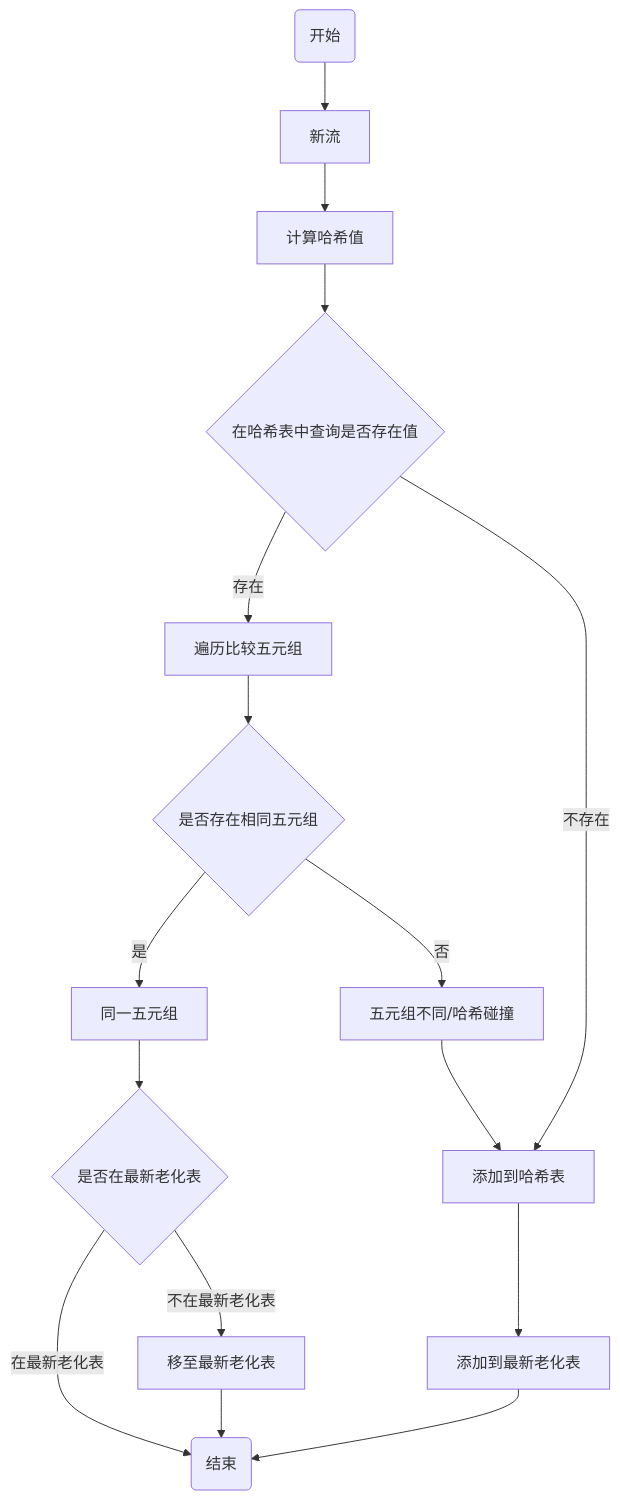
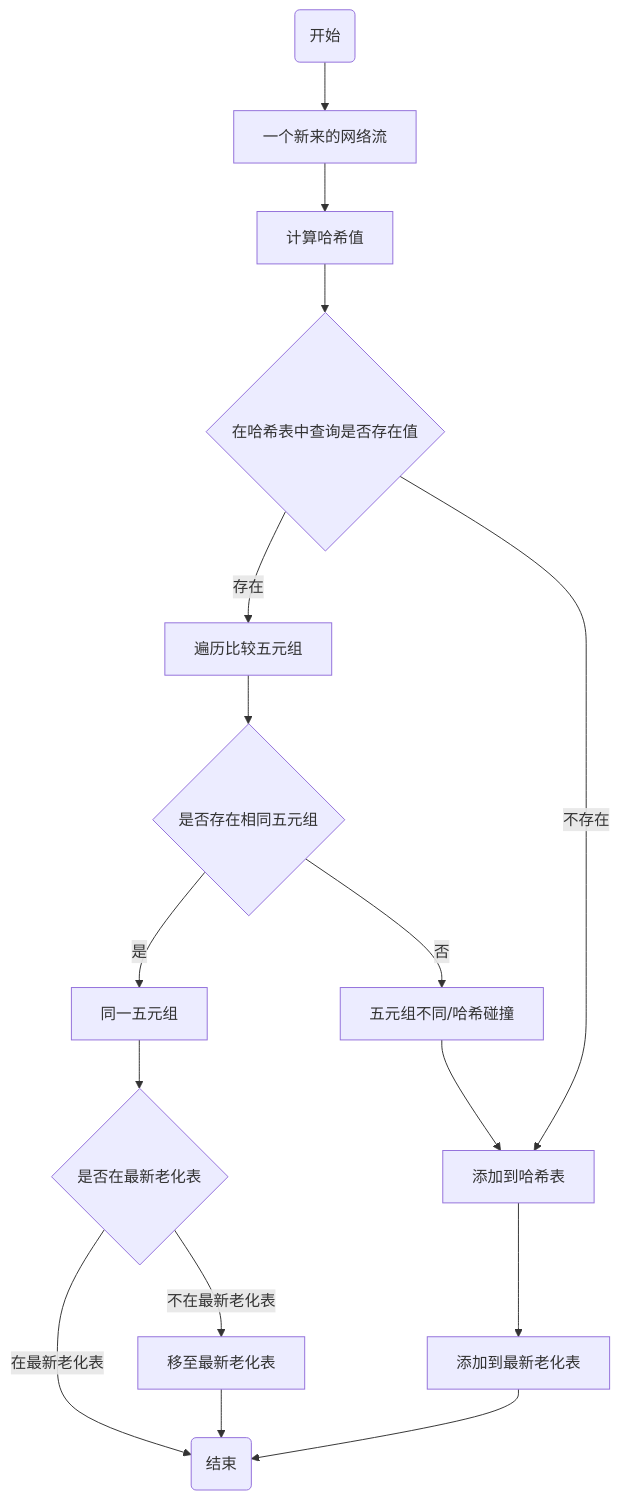
Before and after one commit to yslinux86/flowtable_ageing: the first of 2 diagrams in README.md, drawn with Mermaid. The commit also changed other lines of this file and 5 other files, not shown here.

````diff
--- a/README.md
+++ b/README.md
@@ -62,23 +63,23 @@
 ```mermaid
 graph TD
 start(开始)
-newflow[新流]
+newflow[一个新来的网络流]
 calhash[计算哈希值]
 findhashbucket{在哈希表中查询是否存在值}
 appendhashbucket[添加到哈希表]
 appendageinglist[添加到最新老化表]
 foreachcmp[遍历比较五元组]
 issame{是否存在相同五元组}
 isfresh{是否在最新老化表}
 movetofresh[移至最新老化表]
 sametuple[同一五元组]
 difftuple[五元组不同/哈希碰撞]
 over(结束)
 
 start-->newflow-->calhash-->findhashbucket
 findhashbucket--存在-->foreachcmp-->issame--是-->sametuple-->isfresh
 isfresh--在最新老化表-->over
 isfresh--不在最新老化表-->movetofresh-->over
 findhashbucket--不存在-->appendhashbucket-->appendageinglist-->over
 issame--否-->difftuple-->appendhashbucket
 ```
````
